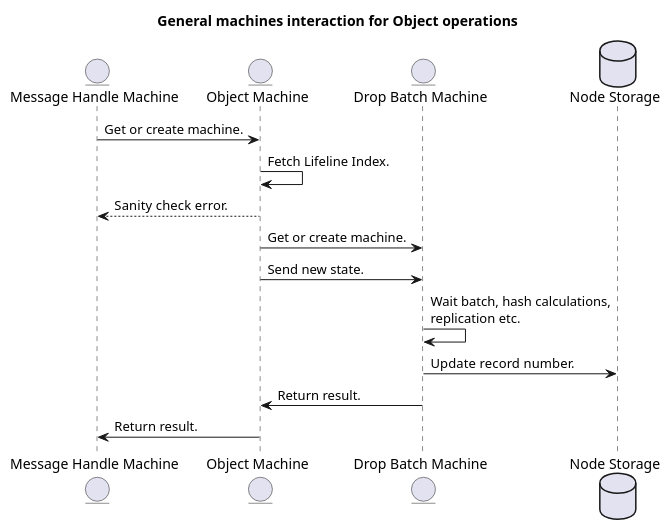
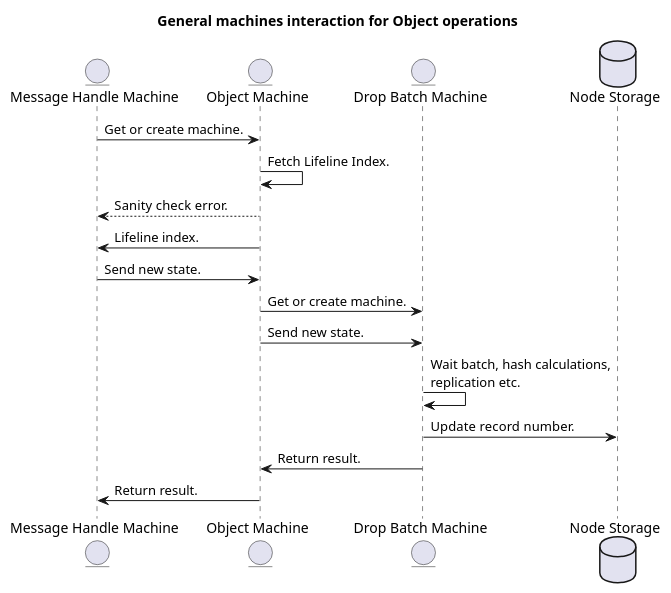
Before and after one commit to insolar/assured-ledger: the diagram in ledger-core/v2/ledger-v2/smachines/general_scheme.puml, drawn with PlantUML. The commit also changed 3 other files, not shown here.

```diff
--- a/ledger-core/v2/ledger-v2/smachines/general_scheme.puml
+++ b/ledger-core/v2/ledger-v2/smachines/general_scheme.puml
@@ -1,20 +1,22 @@
 @startuml
 
 title "General machines interaction for Object operations"
 
 entity "Message Handle Machine" as m
 entity "Object Machine" as o
 entity "Drop Batch Machine" as d
 database "Node Storage" as db
 
 m -> o : Get or create machine.
 o -> o : Fetch Lifeline Index.
 o --> m : Sanity check error.
+o -> m : Lifeline index.
+m -> o : Send new state.
 o -> d : Get or create machine.
 o -> d : Send new state.
 d -> d : Wait batch, hash calculations,\nreplication etc.
 d -> db : Update record number.
 d -> o : Return result.
 o -> m : Return result.
 
 @enduml
```
